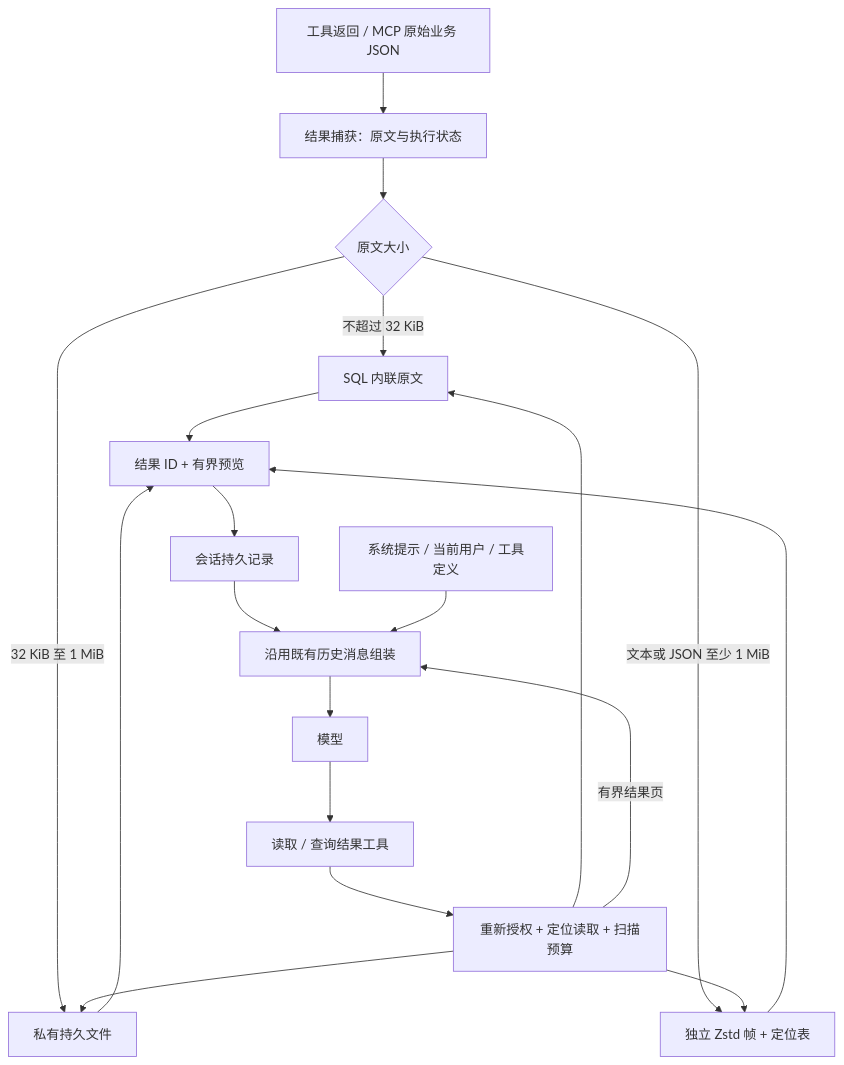
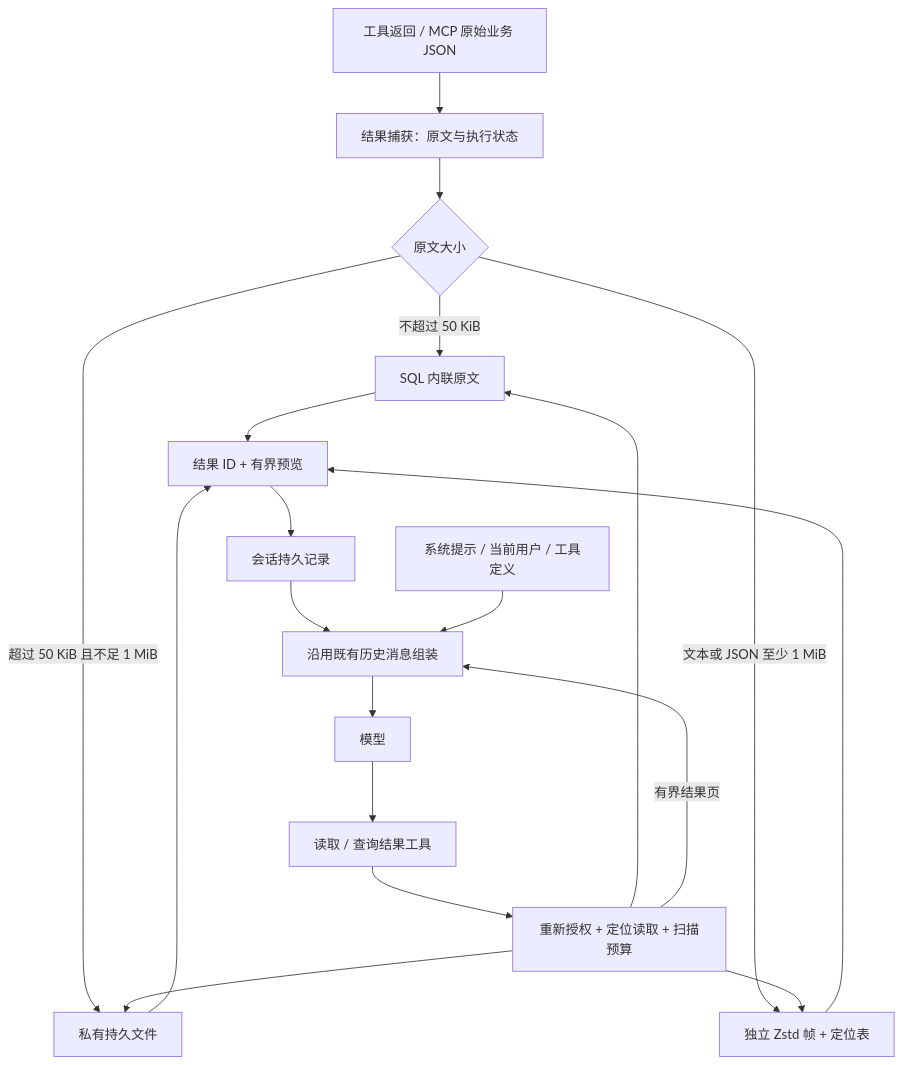
Before and after one commit to ongridio/ongrid: the second of 3 diagrams in docs/design/tool-result-storage.md, drawn with Mermaid. The commit also changed other lines of this file and 3 other files, not shown here.

````diff
--- a/docs/design/tool-result-storage.md
+++ b/docs/design/tool-result-storage.md
@@ -517,21 +517,21 @@
 ```mermaid
 flowchart TD
   A[工具返回 / MCP 原始业务 JSON] --> B[结果捕获：原文与执行状态]
   B --> C{原文大小}
-  C -->|不超过 32 KiB| D[SQL 内联原文]
-  C -->|32 KiB 至 1 MiB| E[私有持久文件]
+  C -->|不超过 50 KiB| D[SQL 内联原文]
+  C -->|超过 50 KiB 且不足 1 MiB| E[私有持久文件]
   C -->|文本或 JSON 至少 1 MiB| F[独立 Zstd 帧 + 定位表]
   D --> G[结果 ID + 有界预览]
   E --> G
   F --> G
   G --> H[会话持久记录]
   H --> I[沿用既有历史消息组装]
   J[系统提示 / 当前用户 / 工具定义] --> I
   I --> K[模型]
   K --> L[读取 / 查询结果工具]
   L --> M[重新授权 + 定位读取 + 扫描预算]
   M --> D
   M --> E
   M --> F
   M -->|有界结果页| I
 ```
````
